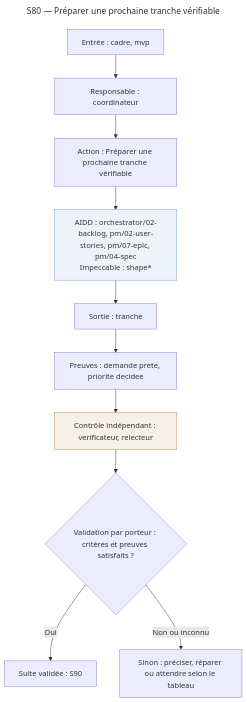
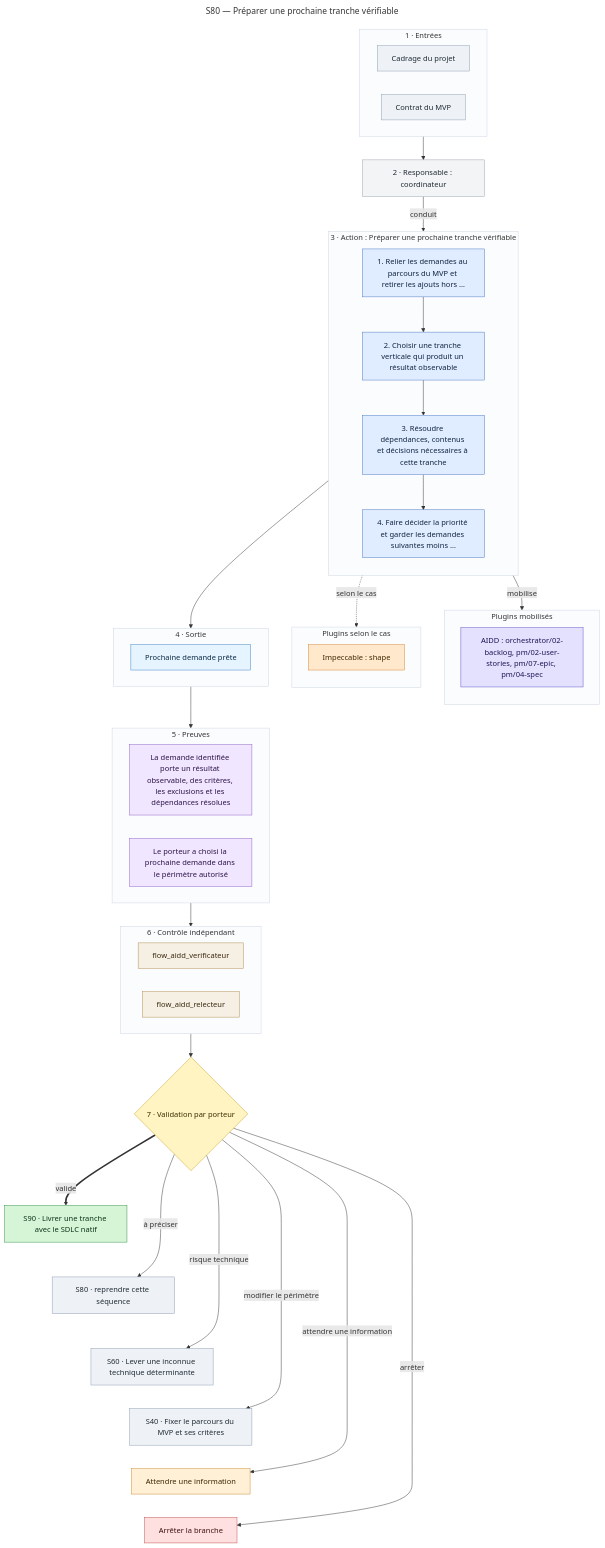
Diagram 13 of 21 in docs/schemas/schemas.md (yanix2445/flow-aidd), drawn with Mermaid before and after one commit. The commit also changed other lines of this file and 23 other files, not shown here.

First line of the commit message:
docs(schemas): redraw Mermaid schemas with aidd-context:09-mermaid

````diff
--- a/docs/schemas/schemas.md
+++ b/docs/schemas/schemas.md
@@ -435,27 +1187,97 @@
 title: "S80 — Préparer une prochaine tranche vérifiable"
 ---
 flowchart TB
-  Entree["Entrée : cadre, mvp"]
-  Responsable["Responsable : coordinateur"]
-  Action["Action : Préparer une prochaine tranche vérifiable"]
-  Plugins["AIDD : orchestrator/02-backlog, pm/02-user-stories, pm/07-epic, pm/04-spec<br/>Impeccable : shape*"]
-  Sortie["Sortie : tranche"]
-  Preuve["Preuves : demande prete, priorite decidee"]
-  Controle["Contrôle indépendant : verificateur, relecteur"]
-  Validation{"Validation par porteur : critères et preuves satisfaits ?"}
-  Destination["Suite validée : S90"]
-  AutreIssue["Sinon : préciser, réparer ou attendre selon le tableau"]
-  Entree --> Responsable
-  Responsable --> Action
-  Action --> Plugins
-  Plugins --> Sortie
-  Sortie --> Preuve
-  Preuve --> Controle
+  subgraph Entrees["1 · Entrées"]
+    EntreeCadre["Cadrage du projet"]
+    EntreeMvp["Contrat du MVP"]
+  end
+  Responsable["2 · Responsable : coordinateur"]
+  subgraph Action["3 · Action : Préparer une prochaine tranche vérifiable"]
+    direction TB
+    Etape1["1. Relier les demandes au parcours du MVP et retirer les ajouts hors …"]
+    Etape2["2. Choisir une tranche verticale qui produit un résultat observable"]
+    Etape3["3. Résoudre dépendances, contenus et décisions nécessaires à cette tranche"]
+    Etape4["4. Faire décider la priorité et garder les demandes suivantes moins …"]
+  end
+  subgraph Plugins["Plugins mobilisés"]
+    direction TB
+    PluginsAidd["AIDD : orchestrator/02-backlog, pm/02-user-stories, pm/07-epic, pm/04-spec"]
+  end
+  subgraph PluginsCas["Plugins selon le cas"]
+    direction TB
+    PluginsCasImpeccable["Impeccable : shape"]
+  end
+  subgraph Sortie["4 · Sortie"]
+    SortieTranche["Prochaine demande prête"]
+  end
+  subgraph Preuves["5 · Preuves"]
+    PreuveDemandePrete["La demande identifiée porte un résultat observable, des critères, les exclusions et les dépendances résolues"]
+    PreuvePrioriteDecidee["Le porteur a choisi la prochaine demande dans le périmètre autorisé"]
+  end
+  subgraph Controle["6 · Contrôle indépendant"]
+    AgentVerificateur["flow_aidd_verificateur"]
+    AgentRelecteur["flow_aidd_relecteur"]
+  end
+  Validation{"7 · Validation par porteur"}
+  VersS90["S90 · Livrer une tranche avec le SDLC natif"]
+  VersS80["S80 · reprendre cette séquence"]
+  VersS60["S60 · Lever une inconnue technique déterminante"]
+  VersS40["S40 · Fixer le parcours du MVP et ses critères"]
+  VersWAIT_INFO["Attendre une information"]
+  VersSTOP["Arrêter la branche"]
+  Entrees --> Responsable
+  Responsable -- "conduit" --> Action
+  Etape1 --> Etape2
+  Etape2 --> Etape3
+  Etape3 --> Etape4
+  Action -- "mobilise" --> Plugins
+  Action -. "selon le cas" .-> PluginsCas
+  Action --> Sortie
+  Sortie --> Preuves
+  Preuves --> Controle
   Controle --> Validation
-  Validation -- "Oui" --> Destination
-  Validation -- "Non ou inconnu" --> AutreIssue
-  classDef plugins fill:#eef3fb,stroke:#7f9cc7
-  class Plugins plugins
-  classDef controle fill:#f6f0e6,stroke:#b08a4f
-  class Controle controle
+  VersS90 ~~~ VersS80
+  VersS80 ~~~ VersS60
+  VersS60 ~~~ VersS40
+  VersS40 ~~~ VersWAIT_INFO
+  VersWAIT_INFO ~~~ VersSTOP
+  Validation == "valide" ==> VersS90
+  Validation -- "à préciser" --> VersS80
+  Validation -- "risque technique" --> VersS60
+  Validation -- "modifier le périmètre" --> VersS40
+  Validation -- "attendre une information" --> VersWAIT_INFO
+  Validation -- "arrêter" --> VersSTOP
+  classDef entree fill:#eef2f7,stroke:#8a9bb0,color:#1f2933
+  classDef responsable fill:#f3f4f6,stroke:#9ca3af,color:#1f2933
+  classDef etape fill:#e0ecff,stroke:#4a78c2,color:#10243f
+  classDef aidd fill:#e4e1ff,stroke:#5b4fc7,color:#1d1554
+  classDef impeccable fill:#ffe8cc,stroke:#d9822b,color:#3d2600
+  classDef sortie fill:#e6f4ff,stroke:#3b82c4,color:#0b2a44
+  classDef preuve fill:#f1e6ff,stroke:#8b5cc7,color:#2b1247
+  classDef controle fill:#f6efe3,stroke:#b08a4f,color:#3a2a10
+  classDef validation fill:#fff4c2,stroke:#c9a227,color:#3a2e00
+  classDef ok fill:#d6f5d6,stroke:#2f8f46,color:#0d3318
+  classDef retour fill:#eef2f7,stroke:#8a9bb0,color:#1f2933
+  classDef attente fill:#fff0d6,stroke:#c98a2b,color:#3a2600
+  classDef stop fill:#ffe0e0,stroke:#c24a4a,color:#3d0f0f
+  class EntreeCadre,EntreeMvp entree
+  class Responsable responsable
+  class Etape1,Etape2,Etape3,Etape4 etape
+  class PluginsAidd aidd
+  class PluginsCasImpeccable impeccable
+  class SortieTranche sortie
+  class PreuveDemandePrete,PreuvePrioriteDecidee preuve
+  class AgentVerificateur,AgentRelecteur controle
+  class Validation validation
+  class VersS90 ok
+  class VersS80,VersS60,VersS40 retour
+  class VersWAIT_INFO attente
+  class VersSTOP stop
+  style Entrees fill:#fbfcfe,stroke:#cbd5e1
+  style Action fill:#fbfcfe,stroke:#cbd5e1
+  style Plugins fill:#fbfcfe,stroke:#cbd5e1
+  style PluginsCas fill:#fbfcfe,stroke:#cbd5e1
+  style Sortie fill:#fbfcfe,stroke:#cbd5e1
+  style Preuves fill:#fbfcfe,stroke:#cbd5e1
+  style Controle fill:#fbfcfe,stroke:#cbd5e1
 ```
````
